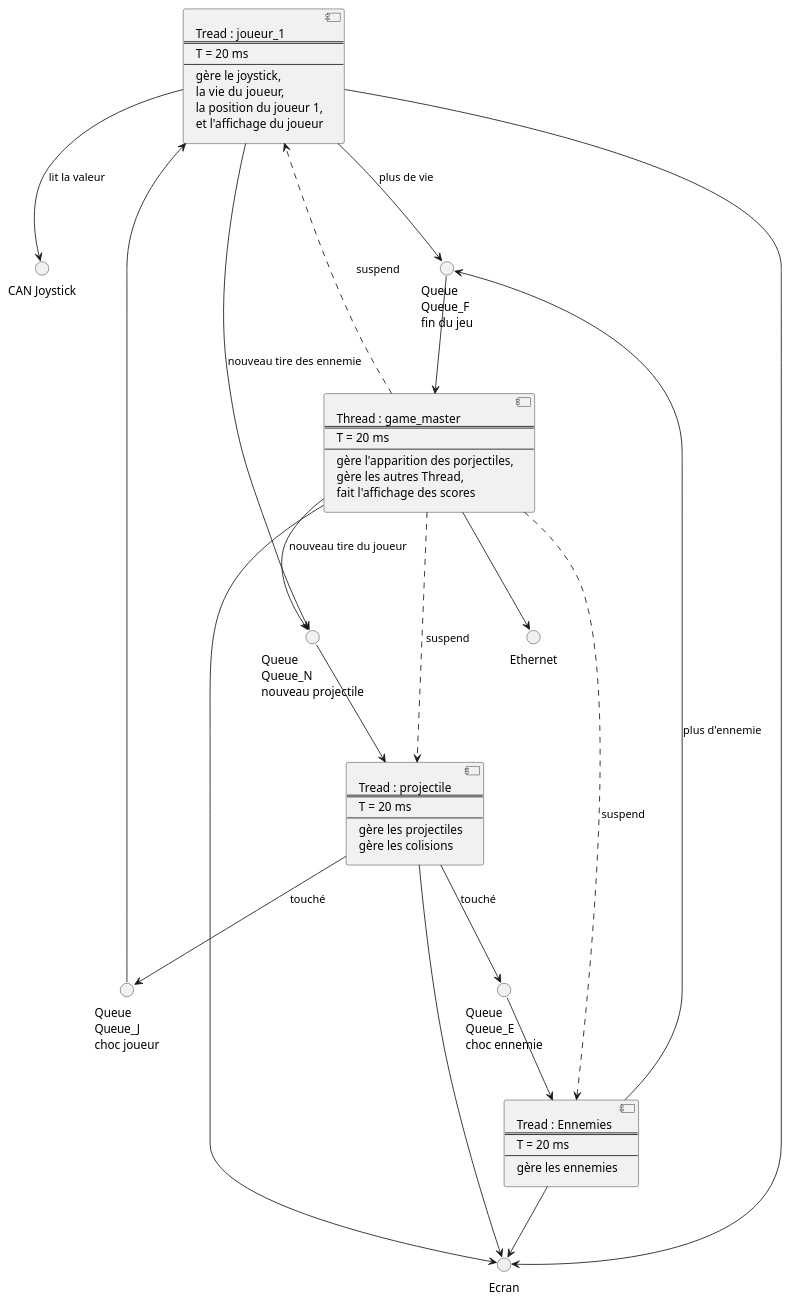
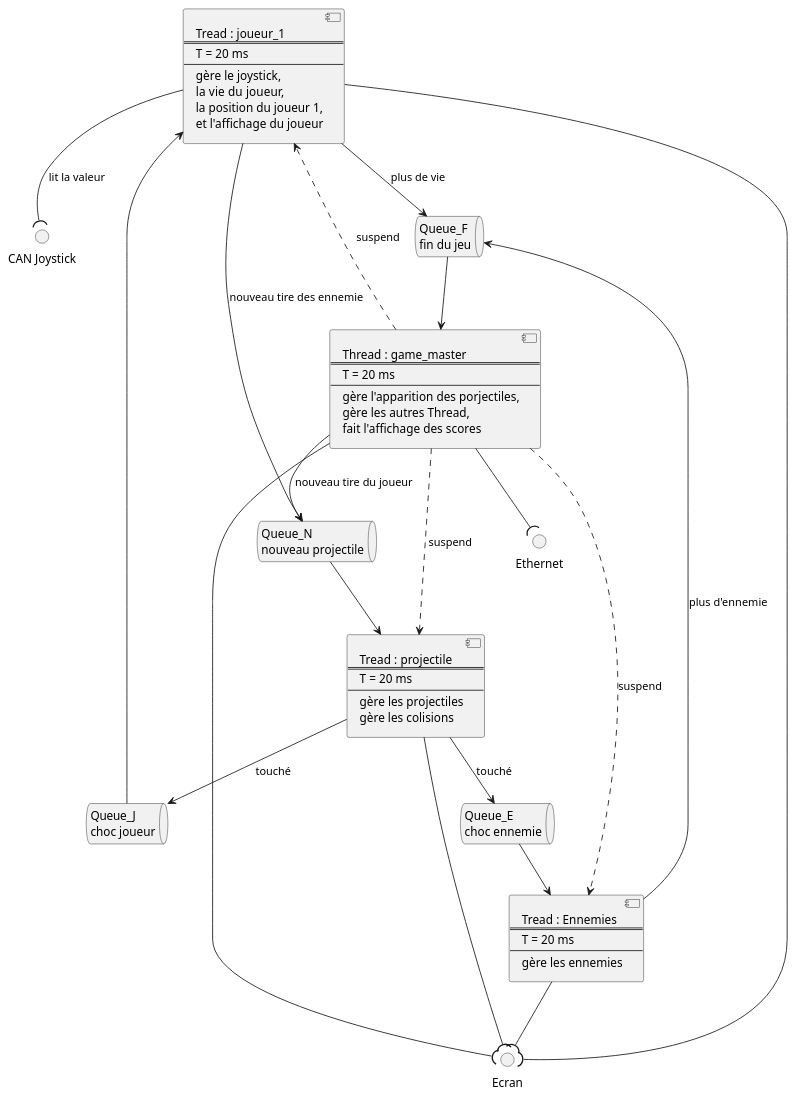
One commit to EmileClement/Space_Invaders changed the diagram in Biblio/UML/threads.puml. Above: the diagram before and after it, drawn with PlantUML. The commit also changed 1 other file, not shown here.

Commit message:
Update diagram

```diff
--- a/Biblio/UML/threads.puml
+++ b/Biblio/UML/threads.puml
@@ -1,66 +1,66 @@
 @startuml Architecture projet
 interface "CAN Joystick" as CAN
 interface "Ecran" as LCD
 interface "Ethernet" as ether
-interface "Queue\nQueue_J\nchoc joueur" as Queue_J
-interface "Queue\nQueue_E\nchoc ennemie" as Queue_E
-interface "Queue\nQueue_F\nfin du jeu" as Queue_F
-interface "Queue\nQueue_N\nnouveau projectile" as Queue_N
+Queue "Queue_J\nchoc joueur" as Queue_J
+Queue "Queue_E\nchoc ennemie" as Queue_E
+Queue "Queue_F\nfin du jeu" as Queue_F
+Queue "Queue_N\nnouveau projectile" as Queue_N
 component t_gm[
 Thread : game_master
 ===
 T = 20 ms
 ---
 gère l'apparition des porjectiles,
 gère les autres Thread,
 fait l'affichage des scores
 ]
 component t_j1[
 Tread : joueur_1
 ===
 T = 20 ms
 ---
 gère le joystick,
 la vie du joueur,
 la position du joueur 1,
 et l'affichage du joueur
 ]
 component t_ennemie[
 Tread : Ennemies
 ===
 T = 20 ms
 ---
 gère les ennemies
 ]
 component t_proj[
 Tread : projectile
 ===
 T = 20 ms
 ---
 gère les projectiles
 gère les colisions
 ]
-[t_j1] --> CAN : lit la valeur
+[t_j1] --( CAN : lit la valeur
 [t_proj] --> Queue_E : touché
 [t_proj] --> Queue_J : touché
 Queue_E --> [t_ennemie]
 Queue_J --> [t_j1]
 [t_j1] --> Queue_F : plus de vie
 [t_ennemie] --> Queue_F : plus d'ennemie
 Queue_F --> [t_gm]
 [t_gm] --> Queue_N : nouveau tire du joueur
 [t_j1] --> Queue_N : nouveau tire des ennemie
 Queue_N --> [t_proj]
 
-[t_j1] --> LCD
-[t_ennemie] --> LCD
-[t_proj] --> LCD
-[t_gm] --> LCD
+[t_j1] --( LCD
+[t_ennemie] --( LCD
+[t_proj] --( LCD
+[t_gm] --( LCD
 
-[t_gm]-->ether
+[t_gm] --( ether
 
 [t_gm]..>[t_j1] : suspend
 [t_gm]..>[t_ennemie] : suspend
 [t_gm]..>[t_proj] : suspend
 
 @enduml
```
